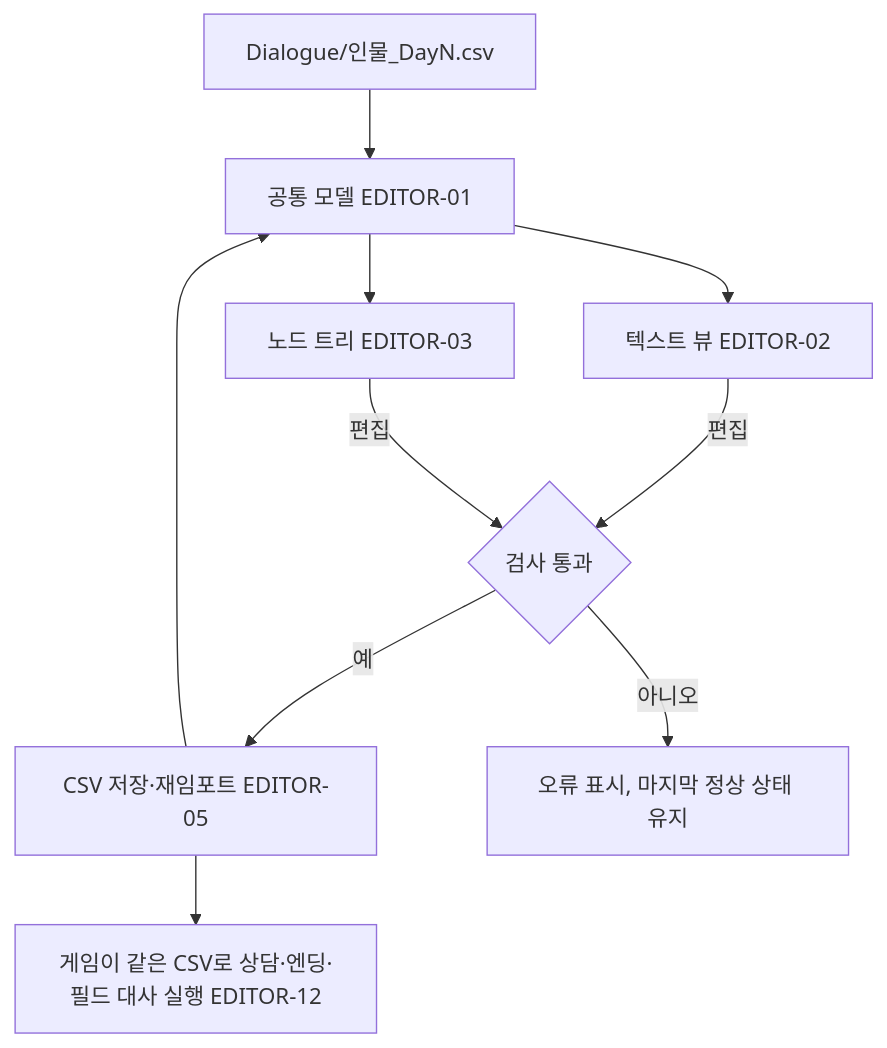
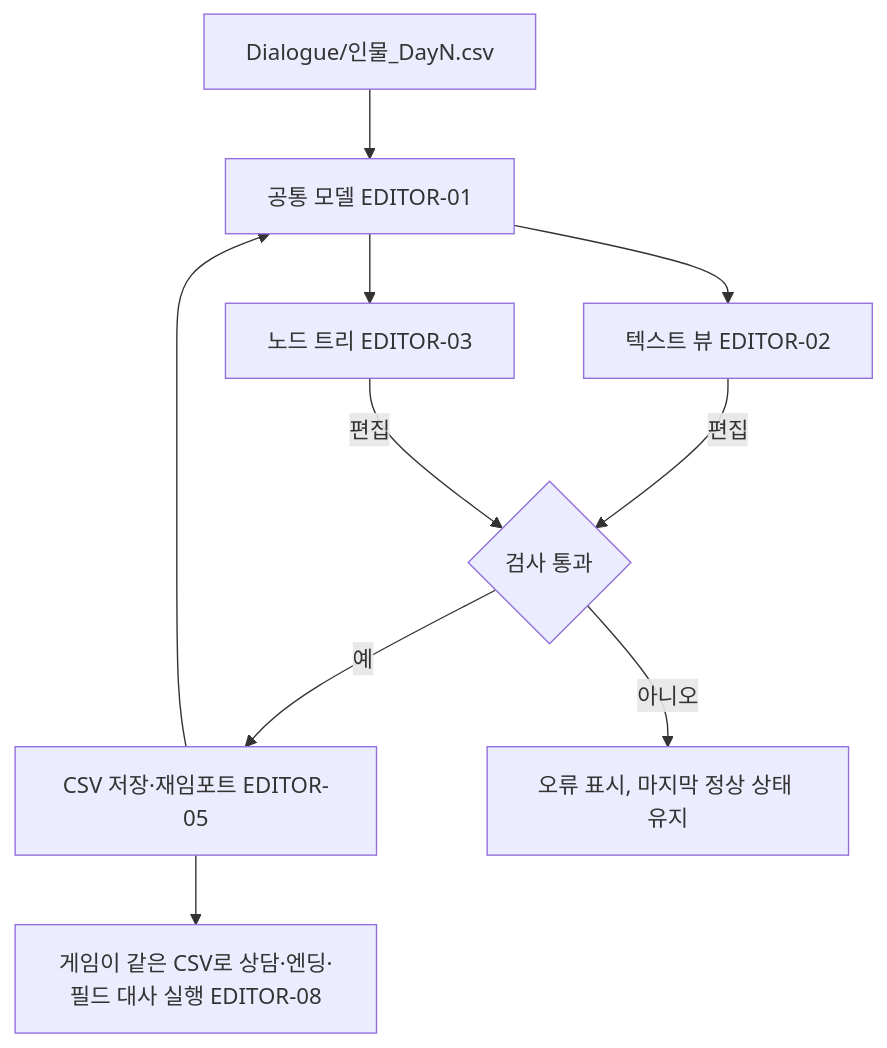
The diagram in docs/specs/dialogue-editor.md (xpaklove12-lang/Corner1), drawn with Mermaid before and after one commit. The commit also changed other lines of this file and 9 other files, not shown here.

````diff
--- a/docs/specs/dialogue-editor.md
+++ b/docs/specs/dialogue-editor.md
@@ -9,12 +9,12 @@
 ```mermaid
 flowchart TD
     A["Dialogue/인물_DayN.csv"] --> B[공통 모델 EDITOR-01]
     B --> C[텍스트 뷰 EDITOR-02]
     B --> D[노드 트리 EDITOR-03]
     C -->|편집| E{검사 통과}
     D -->|편집| E
     E -->|예| F[CSV 저장·재임포트 EDITOR-05]
     E -->|아니오| G[오류 표시, 마지막 정상 상태 유지]
     F --> B
-    F --> H[게임이 같은 CSV로 상담·엔딩·필드 대사 실행 EDITOR-12]
+    F --> H[게임이 같은 CSV로 상담·엔딩·필드 대사 실행 EDITOR-08]
 ```
````
